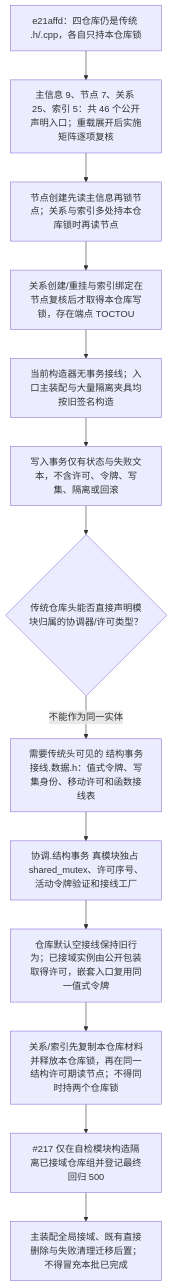
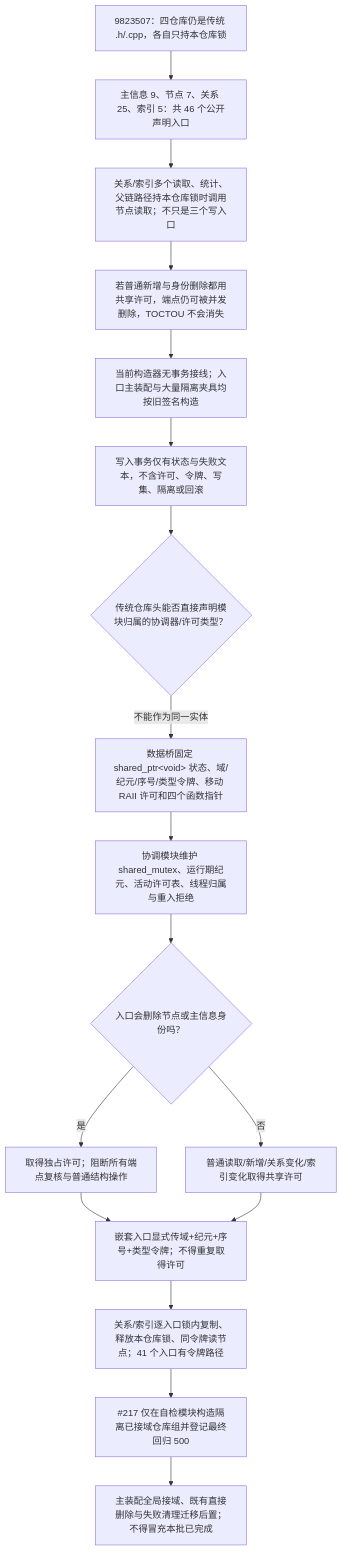
Before and after one commit to chunhaizh-cyber/HY-Ego: the diagram in 流程图/20260712_STRUCT-TXN-S1_模块边界与仓库许可调用现状流程图_v0.1.md, drawn with Mermaid. The commit also changed other lines of this file and 21 other files, not shown here.

````diff
--- a/流程图/20260712_STRUCT-TXN-S1_模块边界与仓库许可调用现状流程图_v0.1.md
+++ b/流程图/20260712_STRUCT-TXN-S1_模块边界与仓库许可调用现状流程图_v0.1.md
@@ -14,15 +15,19 @@
 ```mermaid
 flowchart TD
-    A["e21affd：四仓库仍是传统 .h/.cpp，各自只持本仓库锁"] --> B["主信息 9、节点 7、关系 25、索引 5：共 46 个公开声明入口；重载展开后实施矩阵逐项复核"]
-    B --> C["节点创建先读主信息再锁节点；关系与索引多处持本仓库锁时再读节点"]
-    C --> D["关系创建/重挂与索引绑定在节点复核后才取得本仓库写锁，存在端点 TOCTOU"]
+    A["9823507：四仓库仍是传统 .h/.cpp，各自只持本仓库锁"] --> B["主信息 9、节点 7、关系 25、索引 5：共 46 个公开声明入口"]
+    B --> C["关系/索引多个读取、统计、父链路径持本仓库锁时调用节点读取；不只是三个写入口"]
+    C --> D["若普通新增与身份删除都用共享许可，端点仍可被并发删除，TOCTOU 不会消失"]
     D --> E["当前构造器无事务接线；入口主装配与大量隔离夹具均按旧签名构造"]
     E --> F["写入事务仅有状态与失败文本，不含许可、令牌、写集、隔离或回滚"]
     F --> G{"传统仓库头能否直接声明模块归属的协调器/许可类型？"}
-    G -- "不能作为同一实体" --> H["需要传统头可见的 结构事务接线.数据.h：值式令牌、写集身份、移动许可和函数接线表"]
-    H --> I["协调.结构事务 真模块独占 shared_mutex、许可序号、活动令牌验证和接线工厂"]
-    I --> J["仓库默认空接线保持旧行为；已接域实例由公开包装取得许可，嵌套入口复用同一值式令牌"]
-    J --> K["关系/索引先复制本仓库材料并释放本仓库锁，再在同一结构许可期读节点；不得同时持两个仓库锁"]
-    K --> L["#217 仅在自检模块构造隔离已接域仓库组并登记最终回归 500"]
-    L --> M["主装配全局接域、既有直接删除与失败清理迁移后置；不得冒充本批已完成"]
+    G -- "不能作为同一实体" --> H["数据桥固定 shared_ptr&lt;void&gt; 状态、域/纪元/序号/类型令牌、移动 RAII 许可和四个函数指针"]
+    H --> I["协调模块维护 shared_mutex、运行期纪元、活动许可表、线程归属与重入拒绝"]
+    I --> J{"入口会删除节点或主信息身份吗？"}
+    J -- "是" --> K["取得独占许可；阻断所有端点复核与普通结构操作"]
+    J -- "否" --> L["普通读取/新增/关系变化/索引变化取得共享许可"]
+    K --> M["嵌套入口显式传域+纪元+序号+类型令牌；不得重复取得许可"]
+    L --> M
+    M --> N["关系/索引逐入口锁内复制、释放本仓库锁、同令牌读节点；41 个入口有令牌路径"]
+    N --> O["#217 仅在自检模块构造隔离已接域仓库组并登记最终回归 500"]
+    O --> P["主装配全局接域、既有直接删除与失败清理迁移后置；不得冒充本批已完成"]
 ```
````
